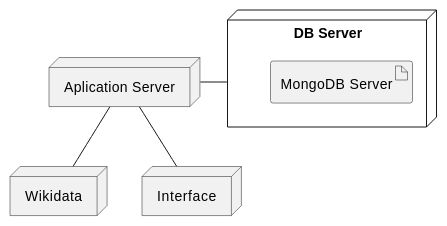
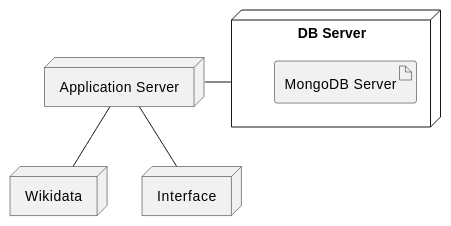
The second of 2 diagrams in docs/src/03_system_scope_and_context.adoc (Arquisoft/wiq_es3b), drawn with PlantUML before and after one commit.

```diff
--- a/docs/src/03_system_scope_and_context.adoc
+++ b/docs/src/03_system_scope_and_context.adoc
@@ -77,12 +77,14 @@
 [plantuml, "deployment", png]
 ----
-node "Aplication Server" as app
+@startuml
+node "Application Server" as app
 node "DB Server" as db {
-artifact "MongoDB Server"
+    artifact "MongoDB Server"
 }
-node Wikidata as w
-node Interface as i
+node "Wikidata" as w
+node "Interface" as i
 app - db
 app -- w
 app -- i
+@enduml
 ----
```
